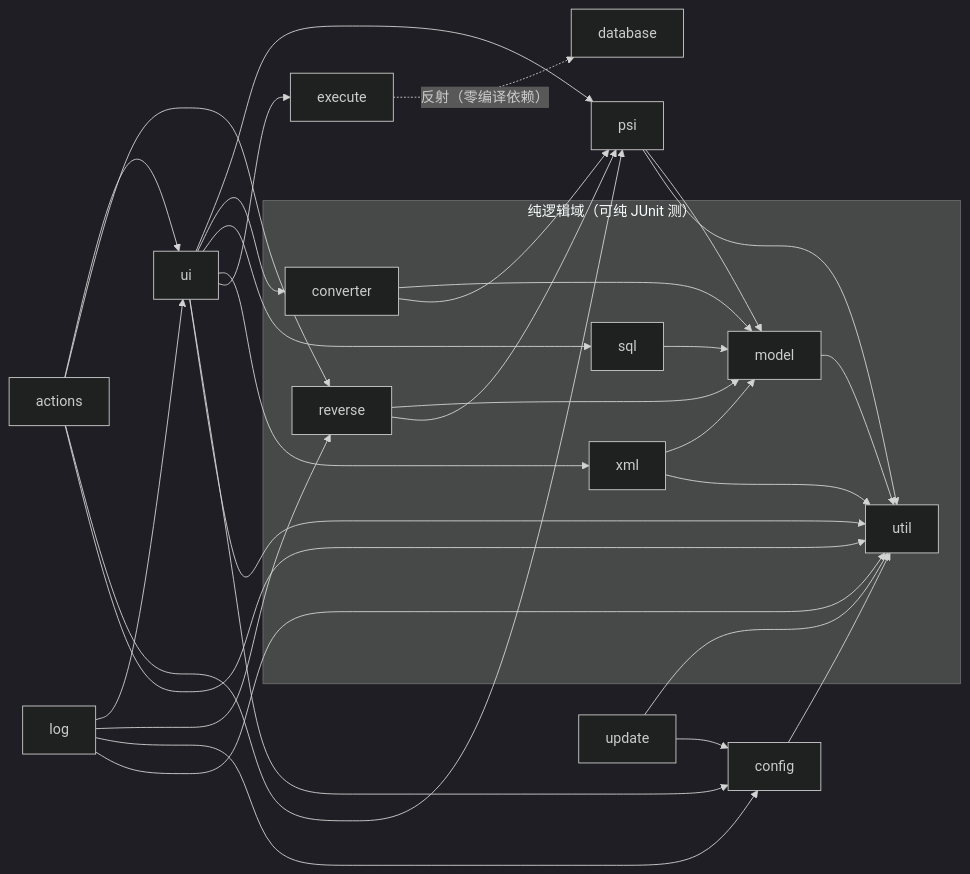
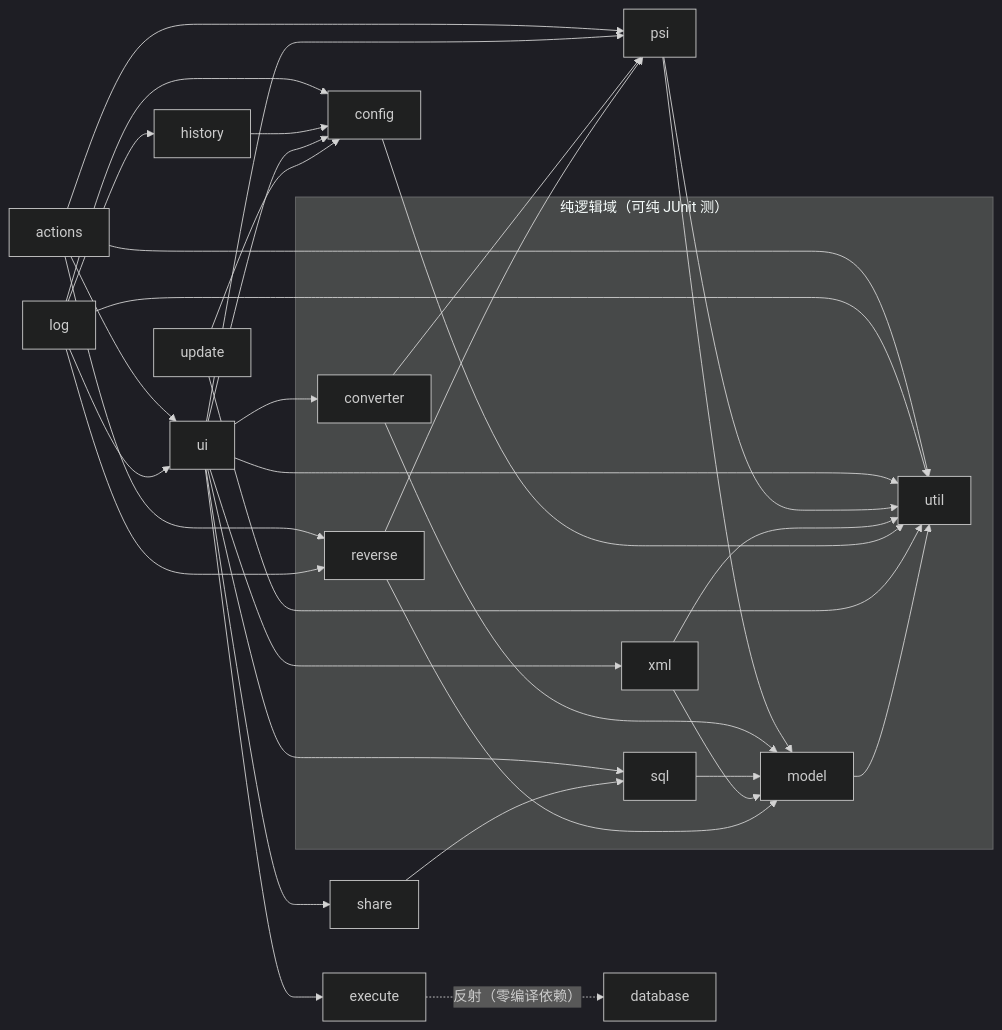
One commit to JayF211/mybatis-plus-sql-visualizer changed the third of 5 diagrams in docs/架构设计/01-项目架构总览.md. Above: the diagram before and after it, drawn with Mermaid (dark theme). The commit also changed other lines of this file and 3 other files, not shown here.

````diff
--- a/docs/架构设计/01-项目架构总览.md
+++ b/docs/架构设计/01-项目架构总览.md
@@ -130,41 +139,45 @@
 ```mermaid
 flowchart LR
     actions --> ui
     actions --> reverse
     actions --> psi
     actions --> util
     log --> ui
     log --> reverse
+    log --> history
     log --> config
     log --> util
+    history --> config
     ui --> psi
     ui --> converter
     ui --> sql
     ui --> xml
     ui --> execute
+    ui --> share
     ui --> config
     ui --> util
     psi --> model
     psi --> util
     converter --> model
     converter --> psi
     sql --> model
     xml --> model
     xml --> util
     reverse --> model
     reverse --> psi
     execute -. "反射（零编译依赖）" .-> database
     config --> util
     update --> config
     update --> util
     model --> util
+    share --> sql
 
     subgraph 纯逻辑域["纯逻辑域（可纯 JUnit 测）"]
         model
         converter
         sql
         xml
         reverse
         util
     end
 ```
````
